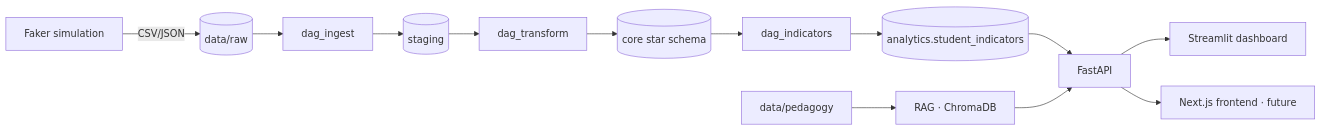
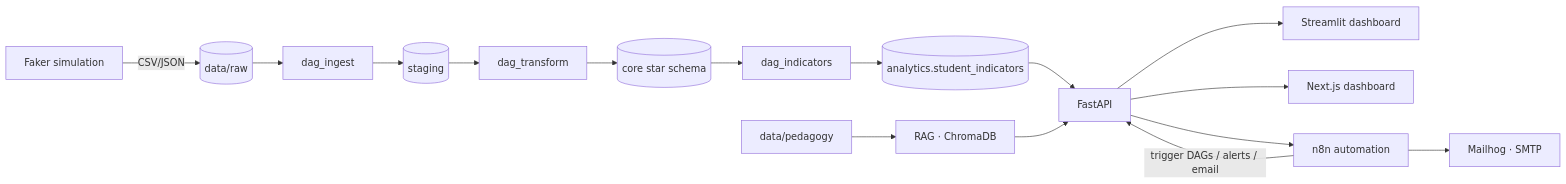
Before and after one commit to Khanetic/student-learning-analytics: the diagram in README.md, drawn with Mermaid. The commit also changed other lines of this file and 11 other files, not shown here.

First line of the commit message:
docs: add dashboard screenshots and README gallery; polish frontend

````diff
--- a/README.md
+++ b/README.md
@@ -51,15 +58,18 @@
 ```mermaid
 flowchart LR
     SIM[Faker simulation] -->|CSV/JSON| RAW[(data/raw)]
     RAW --> ING[dag_ingest]
     ING --> STG[(staging)]
     STG --> TRF[dag_transform]
     TRF --> STAR[(core star schema)]
     STAR --> IND[dag_indicators]
     IND --> ANA[(analytics.student_indicators)]
     ANA --> API[FastAPI]
     PED[data/pedagogy] --> RAG[RAG · ChromaDB]
     RAG --> API
     API --> DASH[Streamlit dashboard]
-    API --> NEXT[Next.js frontend · future]
+    API --> NEXT[Next.js dashboard]
+    API --> N8N[n8n automation]
+    N8N -->|trigger DAGs / alerts / email| API
+    N8N --> MAIL[Mailhog · SMTP]
 ```
````
